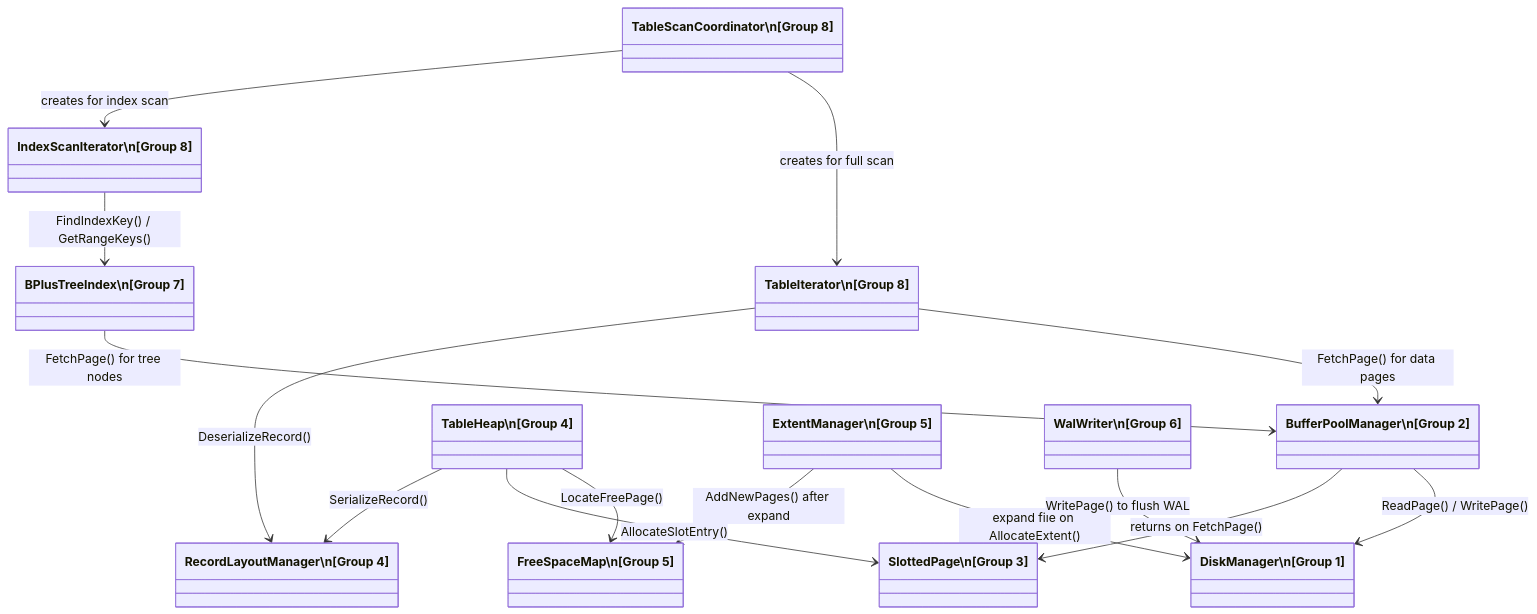
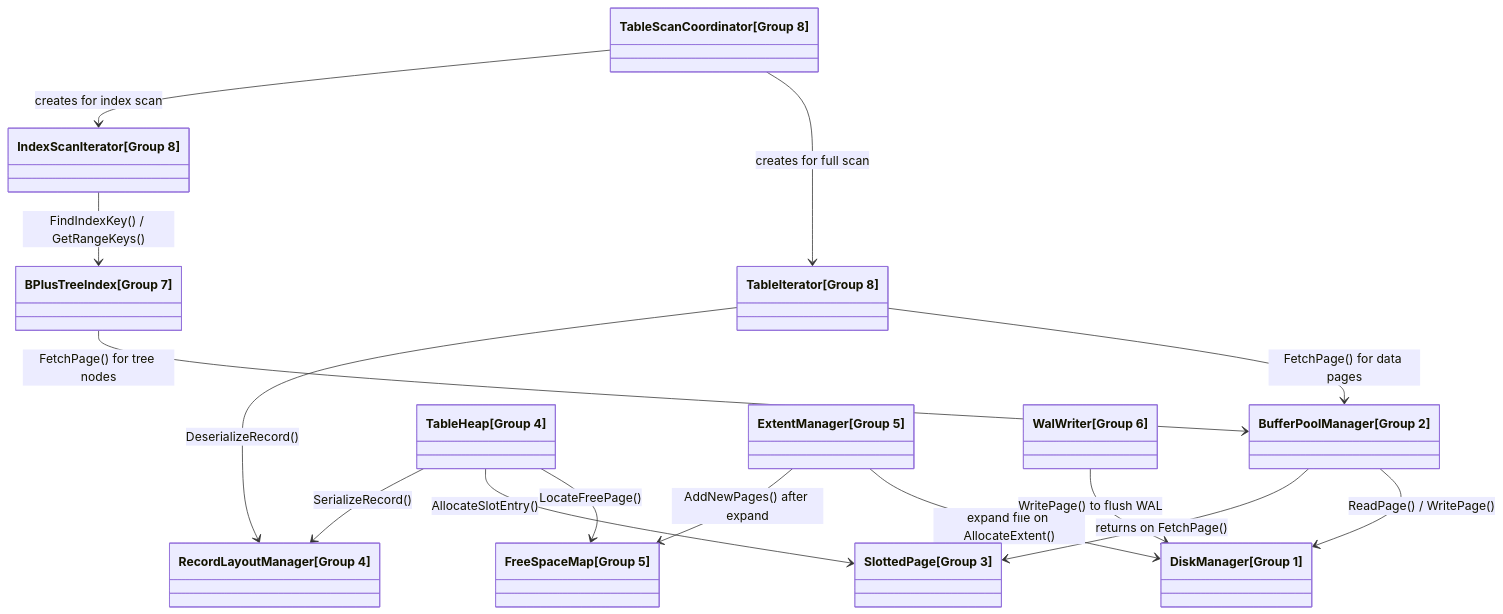
The diagram in docs/diagrams/storage-engine/class-diagrams/depedency.md (Hagiakhanh/bbv-dbms), drawn with Mermaid before and after one commit. The commit also changed 170 other files, not shown here.

````diff
--- a/docs/diagrams/storage-engine/class-diagrams/depedency.md
+++ b/docs/diagrams/storage-engine/class-diagrams/depedency.md
@@ -13,30 +13,30 @@
 ```mermaid
 classDiagram
-    class BufferPoolManager["BufferPoolManager\n[Group 2]"]
-    class DiskManager["DiskManager\n[Group 1]"]
-    class SlottedPage["SlottedPage\n[Group 3]"]
-    class RecordLayoutManager["RecordLayoutManager\n[Group 4]"]
-    class TableHeap["TableHeap\n[Group 4]"]
-    class FreeSpaceMap["FreeSpaceMap\n[Group 5]"]
-    class ExtentManager["ExtentManager\n[Group 5]"]
-    class WalWriter["WalWriter\n[Group 6]"]
-    class BPlusTreeIndex["BPlusTreeIndex\n[Group 7]"]
-    class TableScanCoordinator["TableScanCoordinator\n[Group 8]"]
-    class TableIterator["TableIterator\n[Group 8]"]
-    class IndexScanIterator["IndexScanIterator\n[Group 8]"]
+    class BufferPoolManager["BufferPoolManager[Group 2]"]
+    class DiskManager["DiskManager[Group 1]"]
+    class SlottedPage["SlottedPage[Group 3]"]
+    class RecordLayoutManager["RecordLayoutManager[Group 4]"]
+    class TableHeap["TableHeap[Group 4]"]
+    class FreeSpaceMap["FreeSpaceMap[Group 5]"]
+    class ExtentManager["ExtentManager[Group 5]"]
+    class WalWriter["WalWriter[Group 6]"]
+    class BPlusTreeIndex["BPlusTreeIndex[Group 7]"]
+    class TableScanCoordinator["TableScanCoordinator[Group 8]"]
+    class TableIterator["TableIterator[Group 8]"]
+    class IndexScanIterator["IndexScanIterator[Group 8]"]
 
     BufferPoolManager --> DiskManager : ReadPage() / WritePage()
     BufferPoolManager --> SlottedPage : returns on FetchPage()
     TableHeap --> FreeSpaceMap : LocateFreePage()
     TableHeap --> SlottedPage : AllocateSlotEntry()
     TableHeap --> RecordLayoutManager : SerializeRecord()
     ExtentManager --> DiskManager : expand file on AllocateExtent()
     ExtentManager --> FreeSpaceMap : AddNewPages() after expand
     WalWriter --> DiskManager : WritePage() to flush WAL
     BPlusTreeIndex --> BufferPoolManager : FetchPage() for tree nodes
     TableIterator --> BufferPoolManager : FetchPage() for data pages
     TableIterator --> RecordLayoutManager : DeserializeRecord()
     IndexScanIterator --> BPlusTreeIndex : FindIndexKey() / GetRangeKeys()
     TableScanCoordinator --> TableIterator : creates for full scan
     TableScanCoordinator --> IndexScanIterator : creates for index scan
 ```
````
